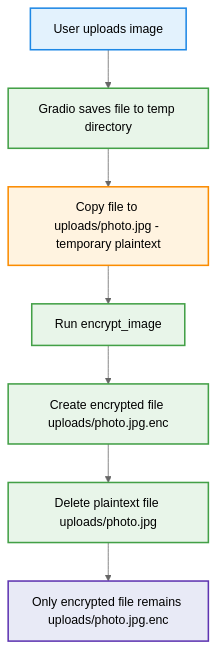
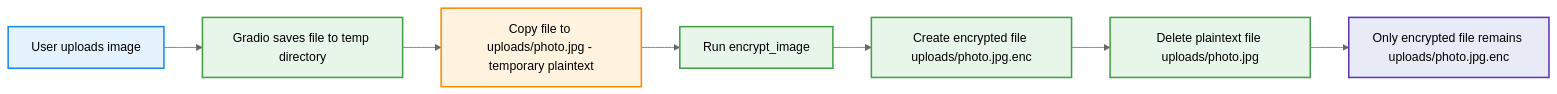
One commit to Sonali-999/AI_CIVIC_ISSUE_REPORTER changed the diagram in README.md. Above: the diagram before and after it, drawn with Mermaid (neutral theme).

````diff
--- a/README.md
+++ b/README.md
@@ -66,20 +66,20 @@
 ```mermaid
-flowchart TD
+flowchart LR
 
 A[User uploads image] --> B[Gradio saves file to temp directory]
 B --> C[Copy file to uploads/photo.jpg - temporary plaintext]
 C --> D[Run encrypt_image]
 D --> E[Create encrypted file uploads/photo.jpg.enc]
 E --> F[Delete plaintext file uploads/photo.jpg]
 F --> G[Only encrypted file remains uploads/photo.jpg.enc]
 
 classDef user fill:#e3f2fd,stroke:#1e88e5,stroke-width:2px
 classDef process fill:#e8f5e9,stroke:#43a047,stroke-width:2px
 classDef warning fill:#fff3e0,stroke:#fb8c00,stroke-width:2px
 classDef secure fill:#e8eaf6,stroke:#5e35b1,stroke-width:2px
 
 class A user
 class B,D,E,F process
 class C warning
 class G secure
 ```
````
